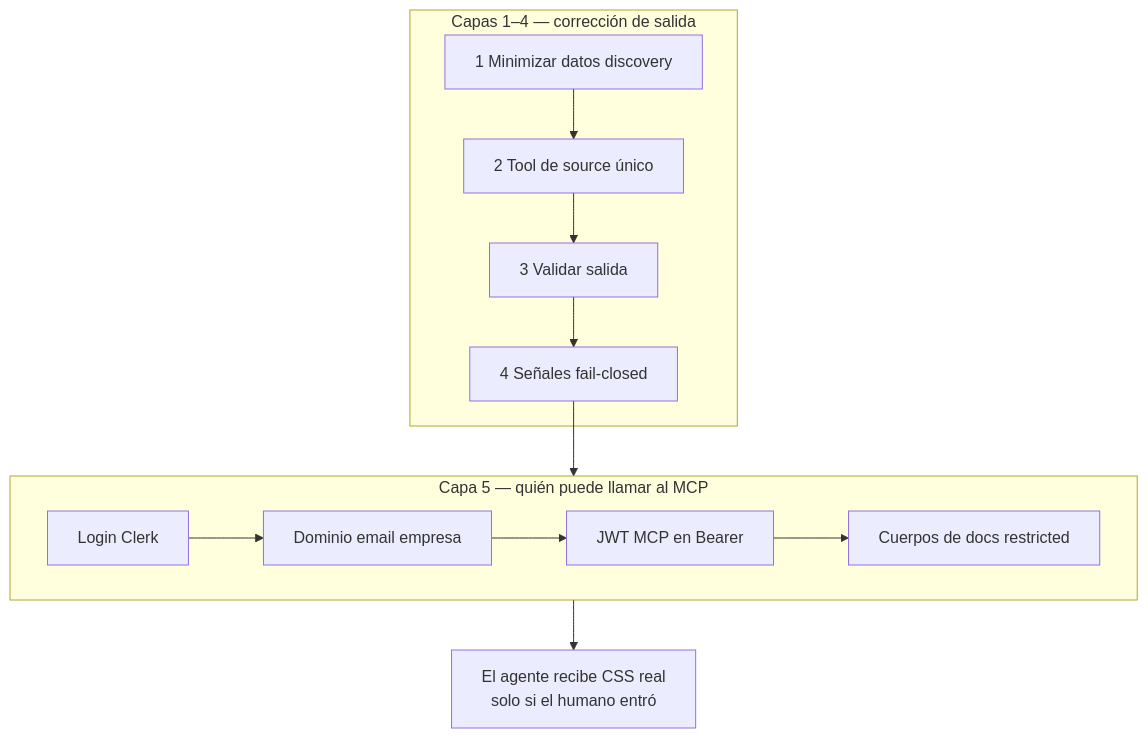
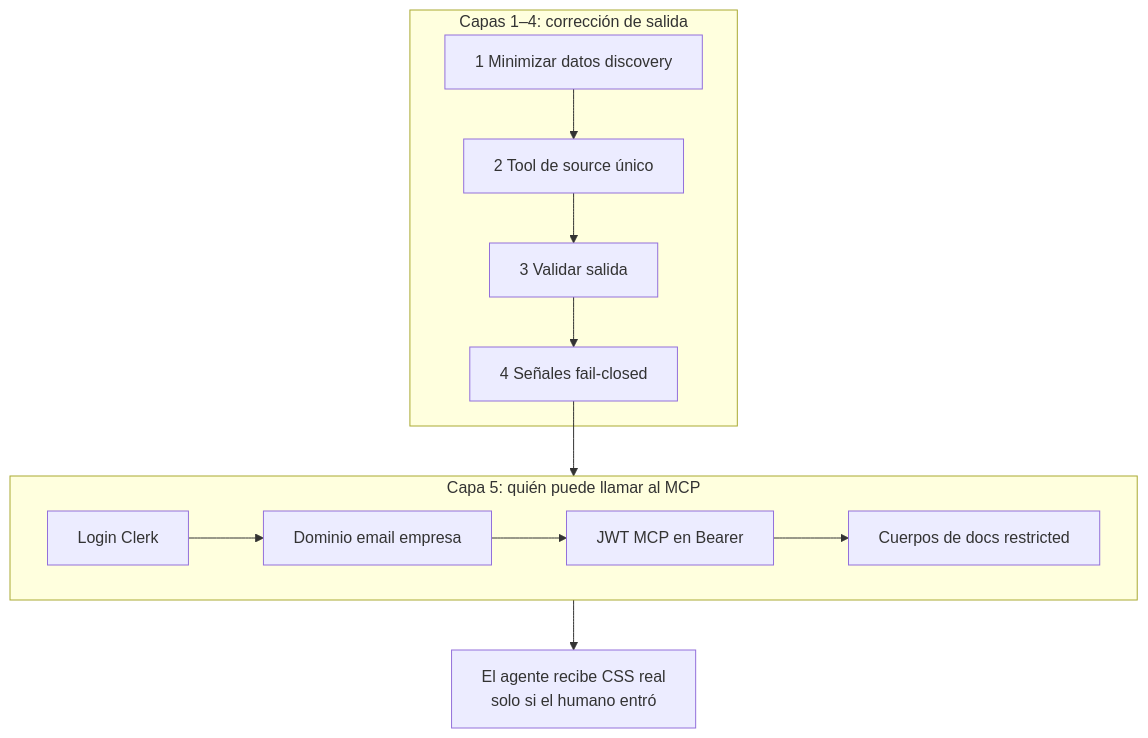
One commit to karenrebecag/Portfolio2026 changed the fifth of 6 diagrams in apps/web/src/content/projects/design-system-ships-itself-es.md. Above: the diagram before and after it, drawn with Mermaid. The commit also changed other lines of this file and 2 other files, not shown here.

````diff
--- a/apps/web/src/content/projects/design-system-ships-itself-es.md
+++ b/apps/web/src/content/projects/design-system-ships-itself-es.md
@@ -323,21 +326,21 @@
-```mermaid Cinco capas — alucinación más control de acceso
+```mermaid Cinco capas: alucinación más control de acceso
 flowchart TB
-  subgraph L1to4["Capas 1–4 — corrección de salida"]
+  subgraph L1to4["Capas 1–4: corrección de salida"]
     L1["1 Minimizar datos discovery"]
     L2["2 Tool de source único"]
     L3["3 Validar salida"]
     L4["4 Señales fail-closed"]
     L1 --> L2 --> L3 --> L4
   end
 
-  subgraph L5["Capa 5 — quién puede llamar al MCP"]
+  subgraph L5["Capa 5: quién puede llamar al MCP"]
     L5A["Login Clerk"]
     L5B["Dominio email empresa"]
     L5C["JWT MCP en Bearer"]
     L5D["Cuerpos de docs restricted"]
     L5A --> L5B --> L5C --> L5D
   end
 
   L4 --> L5
   L5 --> Agent["El agente recibe CSS real<br/>solo si el humano entró"]
 ```
````
